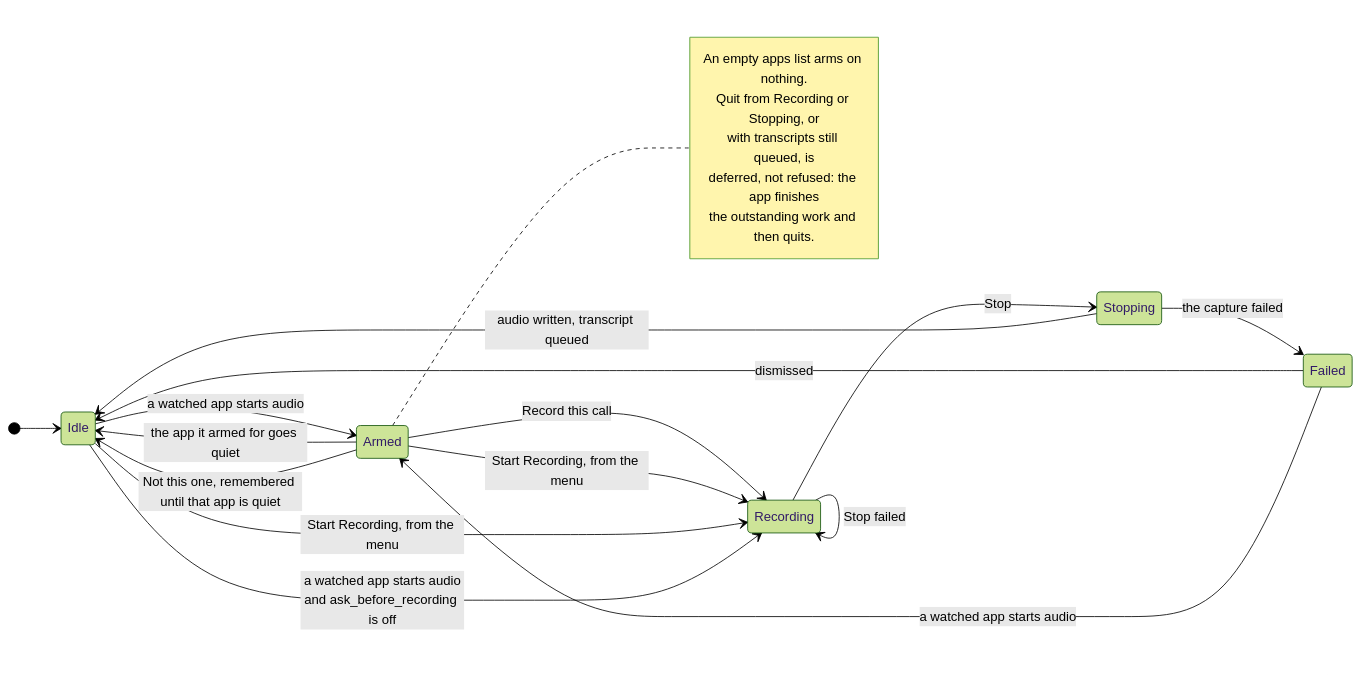
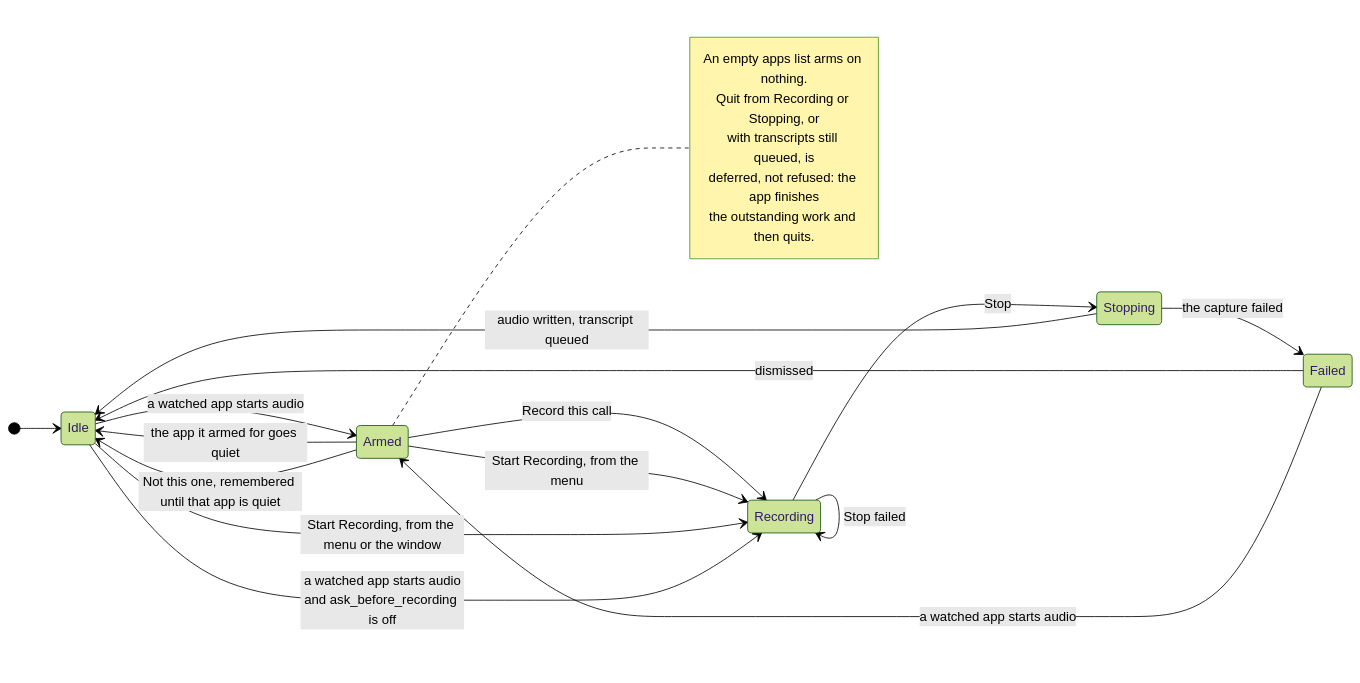
Before and after one commit to jasonm4130-labs/ambient: the diagram in docs/using/what-is-kept.md, drawn with Mermaid (forest theme). The commit also changed 9 other files, not shown here.

````diff
--- a/docs/using/what-is-kept.md
+++ b/docs/using/what-is-kept.md
@@ -34,26 +34,26 @@
 ```mermaid
 stateDiagram-v2
     direction LR
     [*] --> Idle
     Idle --> Armed: a watched app starts audio
     Armed --> Recording: Record this call
     Armed --> Idle: the app it armed for goes quiet
     Armed --> Idle: Not this one, remembered until that app is quiet
     Armed --> Recording: Start Recording, from the menu
-    Idle --> Recording: Start Recording, from the menu
+    Idle --> Recording: Start Recording, from the menu or the window
     Idle --> Recording: a watched app starts audio<br/>and ask_before_recording is off
     Recording --> Stopping: Stop
     Recording --> Recording: Stop failed
     Stopping --> Idle: audio written, transcript queued
     Stopping --> Failed: the capture failed
     Failed --> Idle: dismissed
     Failed --> Armed: a watched app starts audio
 
     note right of Armed
         An empty apps list arms on nothing.
         Quit from Recording or Stopping, or
         with transcripts still queued, is
         deferred, not refused: the app finishes
         the outstanding work and then quits.
     end note
 ```
````
